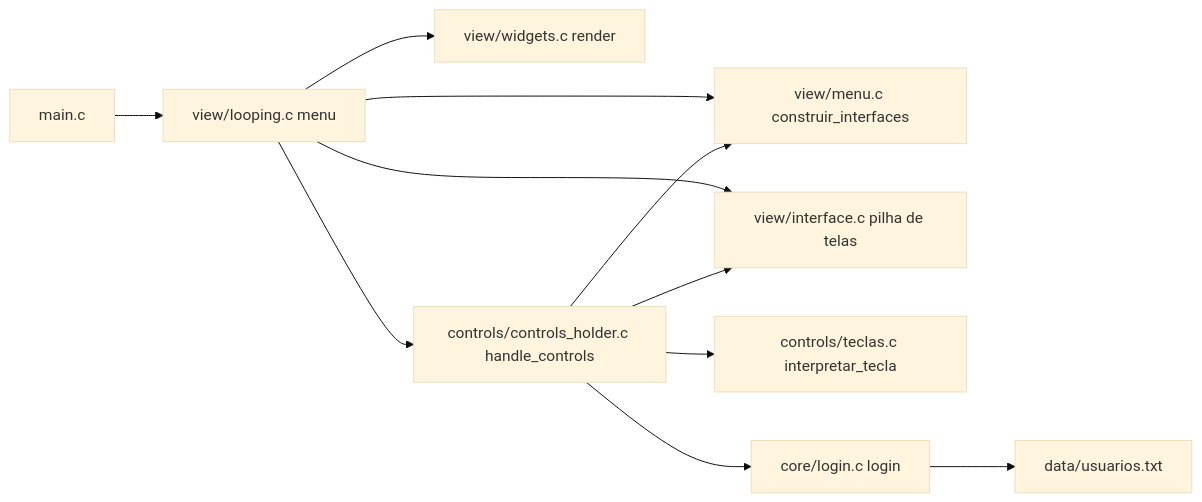
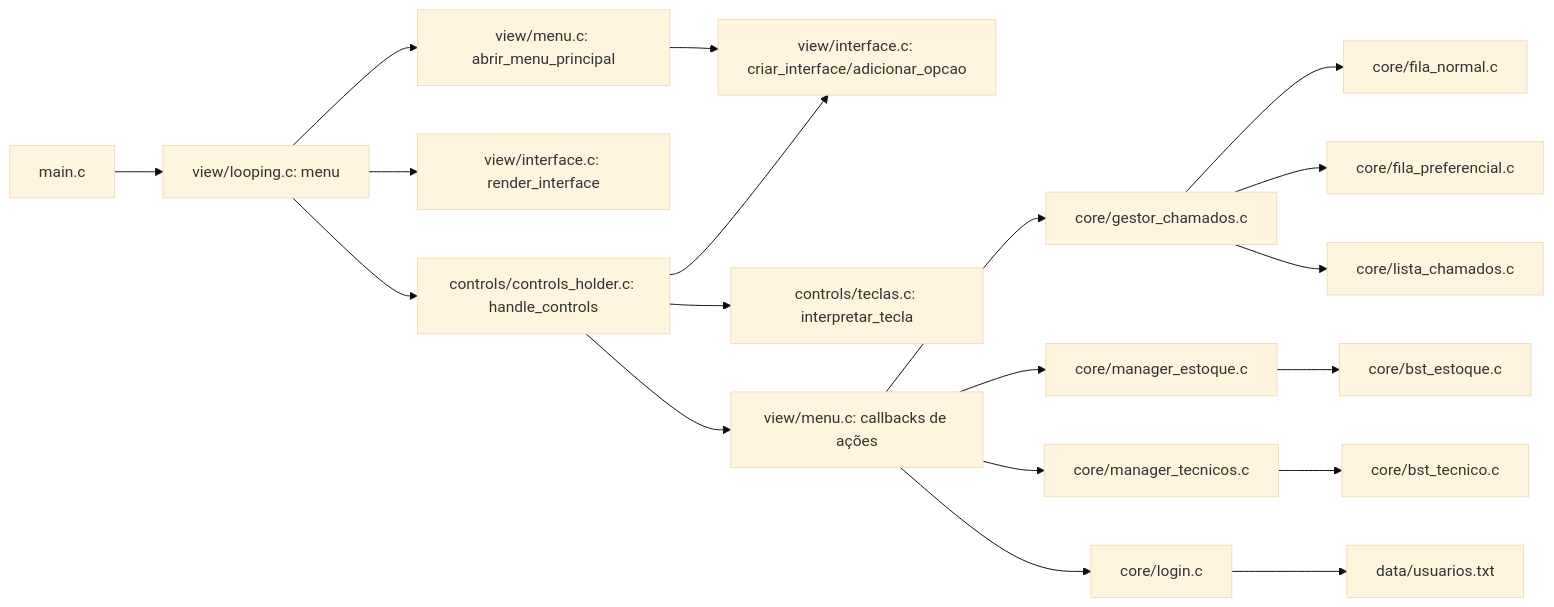
The second of 2 diagrams in README.md (eznoamd/HelpDesk), drawn with Mermaid (base theme) before and after one commit. The commit also changed other lines of this file and 37 other files, not shown here.

````diff
--- a/README.md
+++ b/README.md
@@ -149,13 +144,21 @@
 ```mermaid
 graph LR
-  main[main.c] --> L[view/looping.c menu]
-  L --> M[view/menu.c construir_interfaces]
-  L --> I[view/interface.c pilha de telas]
-  L --> W[view/widgets.c render]
-  L --> CH[controls/controls_holder.c handle_controls]
-  CH --> T[controls/teclas.c interpretar_tecla]
-  CH --> I
-  CH --> M
-  CH --> LG[core/login.c login]
+  main[main.c] --> L[view/looping.c: menu]
+  L --> MP[view/menu.c: abrir_menu_principal]
+  MP --> IF[view/interface.c: criar_interface/adicionar_opcao]
+  L --> R[view/interface.c: render_interface]
+  L --> CH[controls/controls_holder.c: handle_controls]
+  CH --> T[controls/teclas.c: interpretar_tecla]
+  CH --> IF
+  CH --> M[view/menu.c: callbacks de ações]
+  M --> G[core/gestor_chamados.c]
+  G --> FN[core/fila_normal.c]
+  G --> FP[core/fila_preferencial.c]
+  G --> LS[core/lista_chamados.c]
+  M --> ME[core/manager_estoque.c]
+  ME --> BE[core/bst_estoque.c]
+  M --> MT[core/manager_tecnicos.c]
+  MT --> BT[core/bst_tecnico.c]
+  M --> LG[core/login.c]
   LG --> D[data/usuarios.txt]
 ```
````
